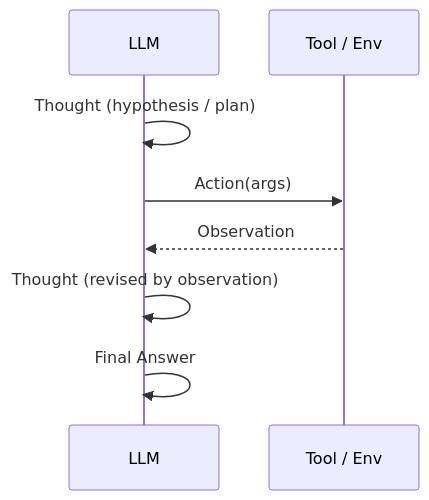
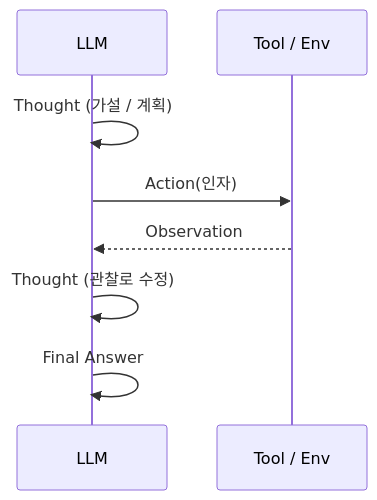
Before and after one commit to beomyoung-kim/ml_study: the second of 3 diagrams in content/llm/agents.ko.md, drawn with Mermaid. The commit also changed other lines of this file and 209 other files, not shown here.

````diff
--- a/content/llm/agents.ko.md
+++ b/content/llm/agents.ko.md
@@ -55,10 +154,10 @@
 ```mermaid
 sequenceDiagram
   participant L as LLM
   participant T as Tool / Env
-  L->>L: Thought (hypothesis / plan)
-  L->>T: Action(args)
+  L->>L: Thought (가설 / 계획)
+  L->>T: Action(인자)
   T-->>L: Observation
-  L->>L: Thought (revised by observation)
+  L->>L: Thought (관찰로 수정)
   L->>L: Final Answer
 ```
````
